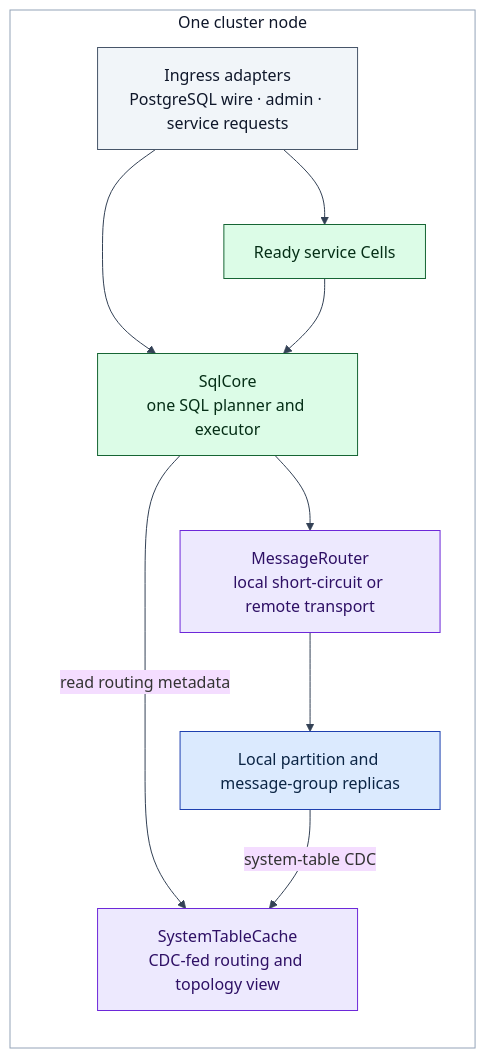
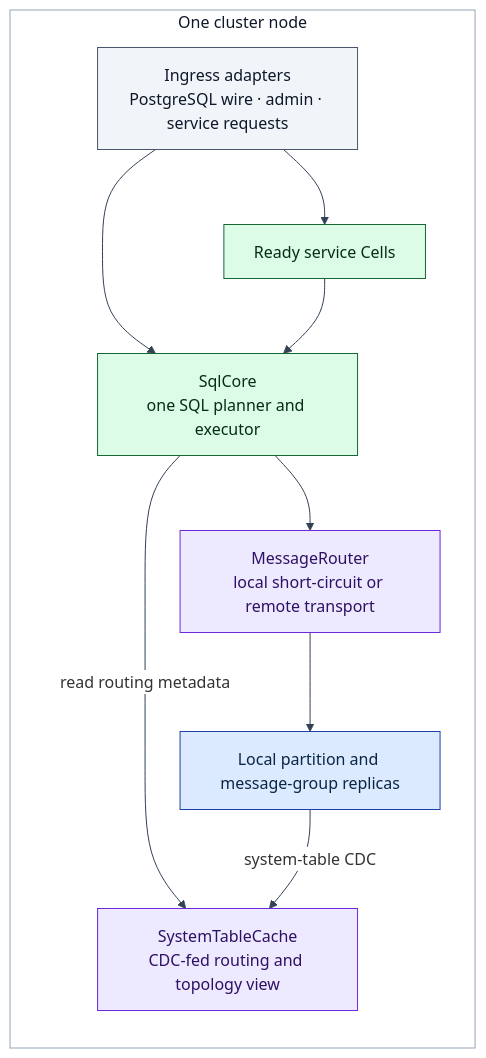
Before and after one commit to psvensson/lagrange: the fourth of 9 diagrams in architecture/system-model.md, drawn with Mermaid. The commit also changed other lines of this file, not shown here.

Commit message:
Force white Mermaid backgrounds

````diff
--- a/architecture/system-model.md
+++ b/architecture/system-model.md
@@ -173,27 +177,27 @@
 ```mermaid
-%%{init: {'theme':'base','themeVariables':{'background':'#ffffff','lineColor':'#334155','textColor':'#0f172a'}}}%%
+%%{init: {'theme':'base','darkMode':false,'themeCSS':'svg { background-color: #ffffff !important; }','themeVariables':{'background':'#ffffff','clusterBkg':'#ffffff','clusterBorder':'#94a3b8','edgeLabelBackground':'#ffffff','lineColor':'#334155','textColor':'#0f172a'}}}%%
 flowchart TD
   subgraph NODE["One cluster node"]
     direction TB
     ING["Ingress adapters<br/>PostgreSQL wire · admin · service requests"]:::ext
     CELL["Ready service Cells"]:::svc
     SQL["SqlCore<br/>one SQL planner and executor"]:::svc
     CACHE["SystemTableCache<br/>CDC-fed routing and topology view"]:::move
     ROUTER["MessageRouter<br/>local short-circuit or remote transport"]:::move
     LOCAL["Local partition and message-group replicas"]:::data
   end
 
   ING --> SQL
   ING --> CELL
   CELL --> SQL
   SQL -->|"read routing metadata"| CACHE
   SQL --> ROUTER
   ROUTER --> LOCAL
   LOCAL -->|"system-table CDC"| CACHE
 
   style NODE fill:#ffffff,stroke:#94a3b8,color:#0f172a
   classDef data fill:#dbeafe,stroke:#1e40af,color:#0b2545
   classDef svc fill:#dcfce7,stroke:#166534,color:#052e16
   classDef move fill:#ede9fe,stroke:#6d28d9,color:#2e1065
   classDef ext fill:#f1f5f9,stroke:#475569,color:#0f172a
 ```
````
